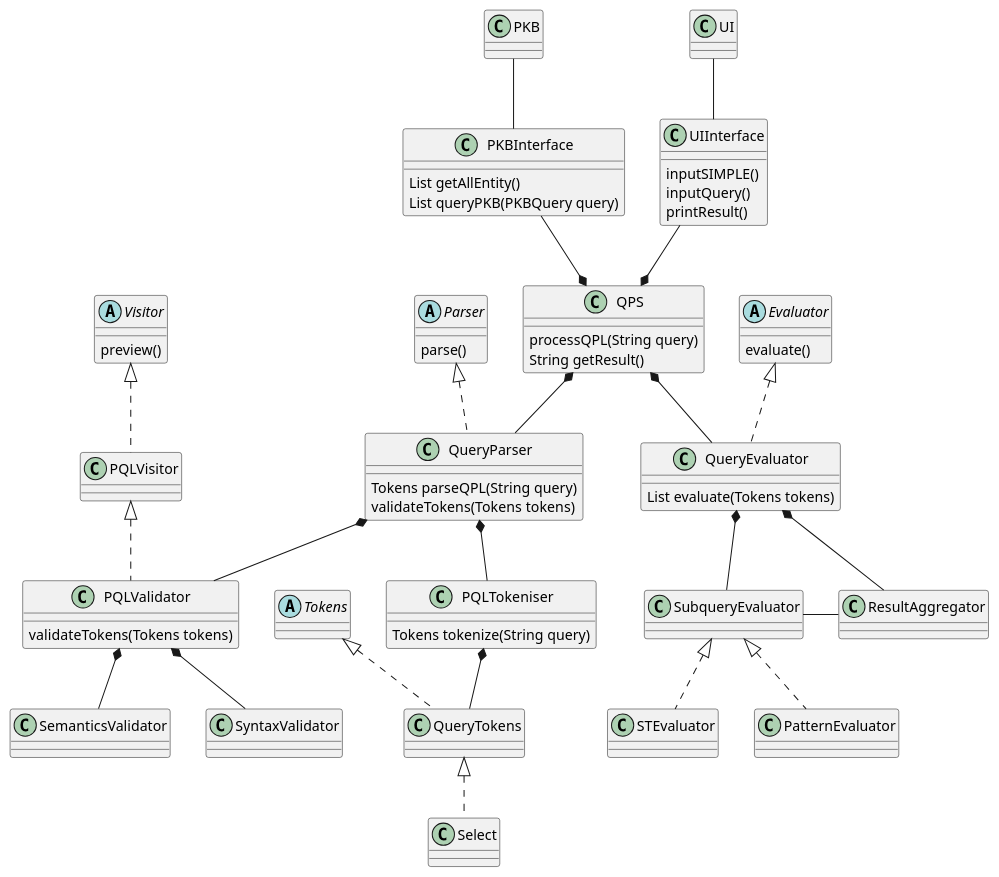
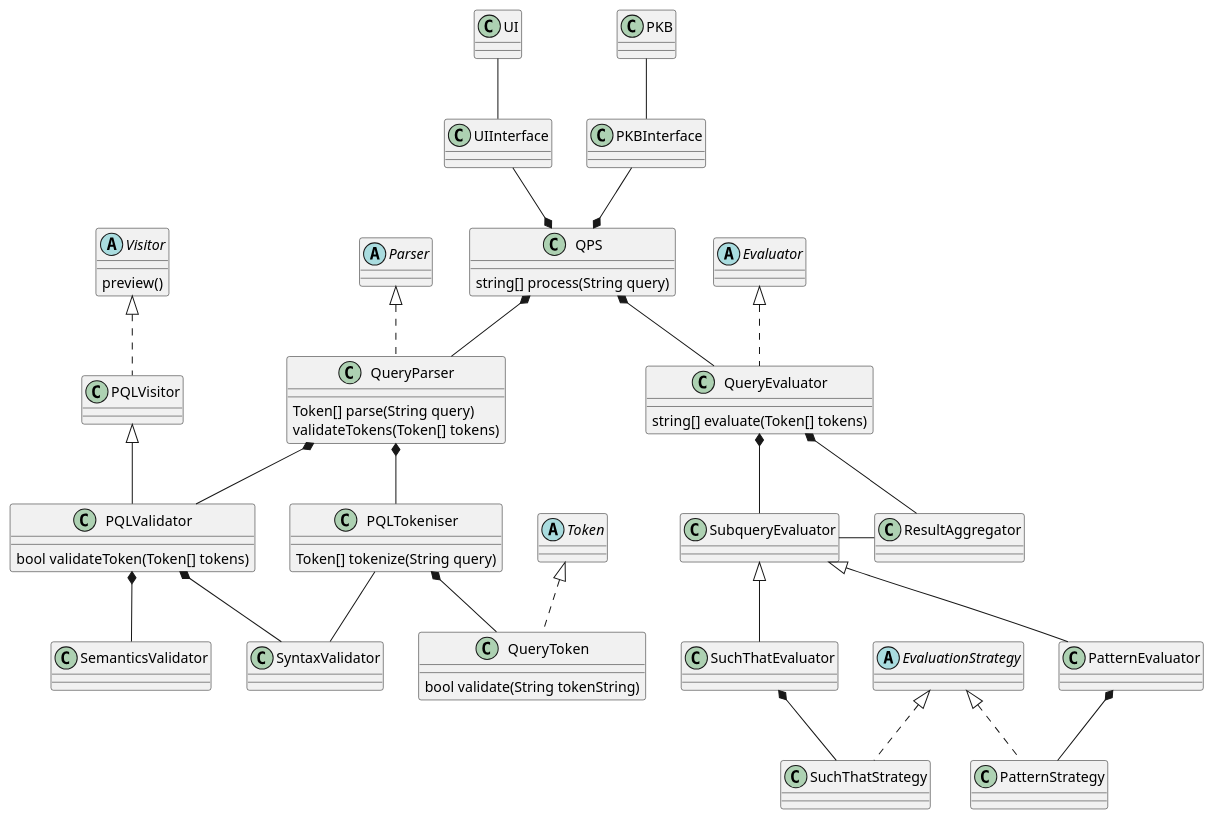
Before and after one commit to mazx4960/static-analyzer: the diagram in docs/diagrams/QPSClassDiagram.puml, drawn with PlantUML.

Commit message:
Update QPS diagram

```diff
--- a/docs/diagrams/QPSClassDiagram.puml
+++ b/docs/diagrams/QPSClassDiagram.puml
@@ -1,84 +1,88 @@
 @startuml
 
 abstract class  "Parser" {
-	parse()
 }
 
-abstract class  "Tokens" {}
+abstract class  "Token" {}
 
 abstract class  "Visitor" {
 	preview()
 }
 
 abstract class  "Evaluator" {
-	evaluate()
+}
+
+abstract class "EvaluationStrategy" {
 }
 
 class UIInterface {
-	inputSIMPLE()
-	inputQuery()
-	printResult()
 }
 
 class PKBInterface {
-	List getAllEntity()
-	List queryPKB(PKBQuery query)
 }
 
 class QPS {
-	processQPL(String query)
-	String getResult()
+	string[] process(String query)
 }
 
 class QueryParser {
-	Tokens parseQPL(String query)
-	validateTokens(Tokens tokens)
+	Token[] parse(String query)
+	validateTokens(Token[] tokens)
 }
 
 class PQLTokeniser {
-	Tokens tokenize(String query)
+	Token[] tokenize(String query)
+}
+
+class QueryToken {
+    bool validate(String tokenString)
 }
 
 class PQLValidator {
-	validateTokens(Tokens tokens)
+	bool validateToken(Token[] tokens)
 }
 
 class QueryEvaluator {
-	List evaluate(Tokens tokens)
+	string[] evaluate(Token[] tokens)
 }
 
 Evaluator <|.down. QueryEvaluator
 
 Parser <|.down. QueryParser
 
-Tokens <|.down. QueryTokens
-
-QueryTokens <|.down. Select
+Token <|.down. QueryToken
 
 Visitor <|.down. PQLVisitor
-PQLVisitor <|.down. PQLValidator
+PQLVisitor <|-down- PQLValidator
 
 UI -down- UIInterface
 PKB -down- PKBInterface
 
 QPS *-up- UIInterface
 QPS *-up- PKBInterface
 QPS *-down- QueryParser
 QPS *-down- QueryEvaluator
 
 QueryParser *-down- PQLTokeniser
 QueryParser *-down- PQLValidator
 
-PQLTokeniser *-down- QueryTokens
+PQLTokeniser *-down- QueryToken
+PQLTokeniser -down- SyntaxValidator
 
 PQLValidator *-down- SyntaxValidator
 PQLValidator *-down- SemanticsValidator
 
 QueryEvaluator *-down- SubqueryEvaluator
 QueryEvaluator *-down- ResultAggregator
 
-SubqueryEvaluator <|.down. STEvaluator
-SubqueryEvaluator <|.down. PatternEvaluator
+EvaluationStrategy <|.down. SuchThatStrategy
+EvaluationStrategy <|.down.PatternStrategy
+
+SuchThatEvaluator *-down- SuchThatStrategy
+PatternEvaluator *-down- PatternStrategy
+
+SubqueryEvaluator <|-down- SuchThatEvaluator
+SubqueryEvaluator <|-down- PatternEvaluator
 SubqueryEvaluator -right- ResultAggregator
 
 @enduml
```
